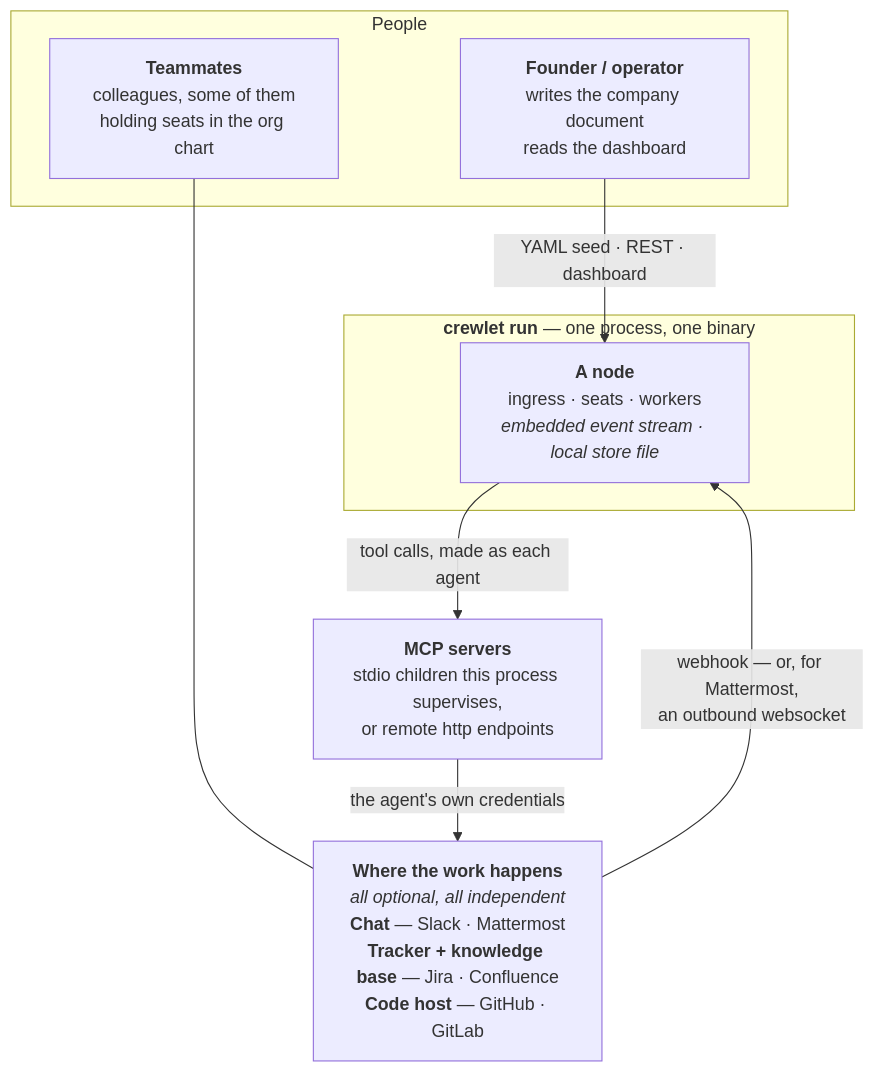
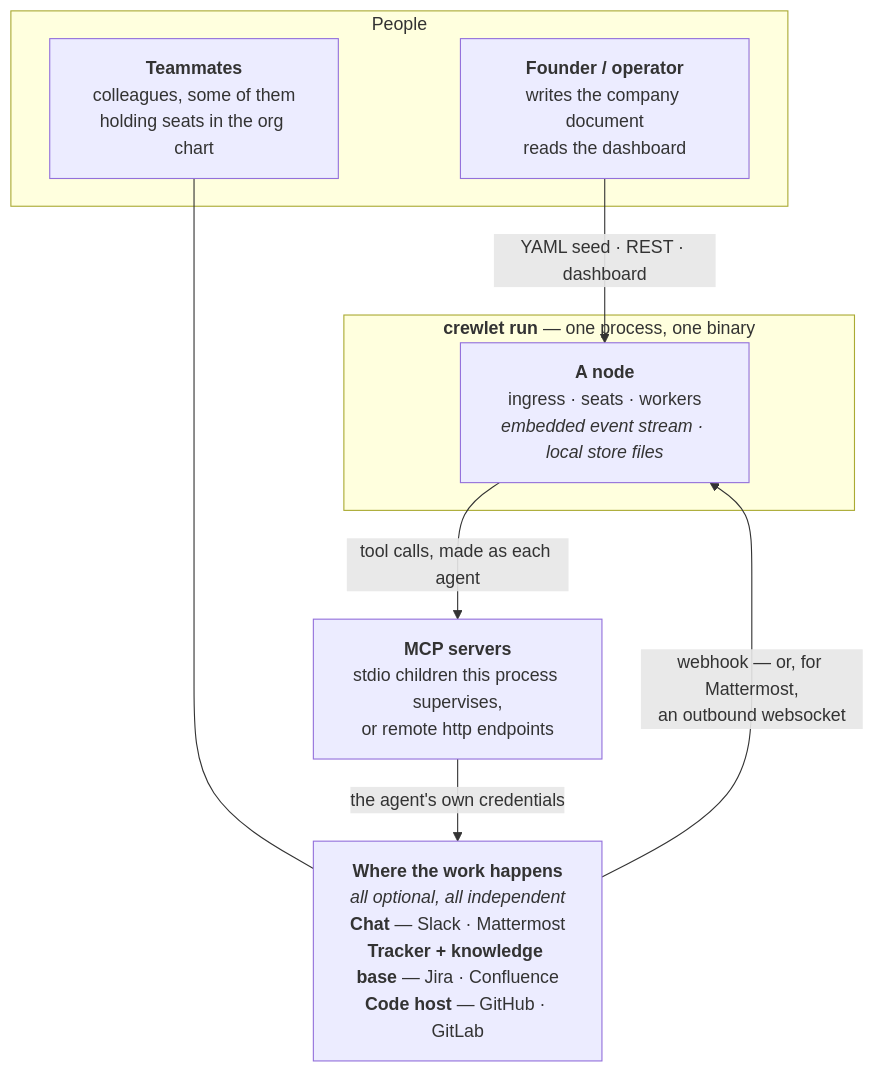
The first of 10 diagrams in docs/concepts/architecture.md (crewlet/crewlet), drawn with Mermaid before and after one commit. The commit also changed other lines of this file and 41 other files, not shown here.

````diff
--- a/docs/concepts/architecture.md
+++ b/docs/concepts/architecture.md
@@ -26,21 +26,21 @@
 ```mermaid
 flowchart TB
     subgraph people["People"]
         FOUNDER["<b>Founder / operator</b><br/>writes the company document<br/>reads the dashboard"]
         HUMANS["<b>Teammates</b><br/>colleagues, some of them<br/>holding seats in the org chart"]
     end
 
     subgraph proc["<b>crewlet run</b> — one process, one binary"]
-        NODE["<b>A node</b><br/>ingress · seats · workers<br/><i>embedded event stream · local store file</i>"]
+        NODE["<b>A node</b><br/>ingress · seats · workers<br/><i>embedded event stream · local store files</i>"]
     end
 
     MCPS["<b>MCP servers</b><br/>stdio children this process supervises,<br/>or remote http endpoints"]
 
     SURF["<b>Where the work happens</b><br/><i>all optional, all independent</i><br/><b>Chat</b> — Slack · Mattermost<br/><b>Tracker + knowledge base</b> — Jira · Confluence<br/><b>Code host</b> — GitHub · GitLab"]
 
     FOUNDER -->|"YAML seed · REST · dashboard"| NODE
     HUMANS --- SURF
     SURF -->|"webhook — or, for Mattermost,<br/>an outbound websocket"| NODE
     NODE -->|"tool calls, made as each agent"| MCPS
     MCPS -->|"the agent's own credentials"| SURF
 ```
````
